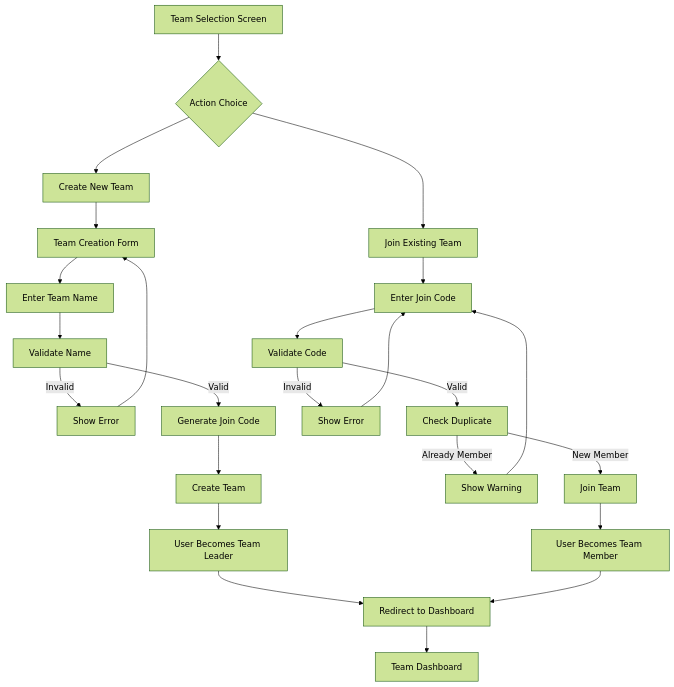
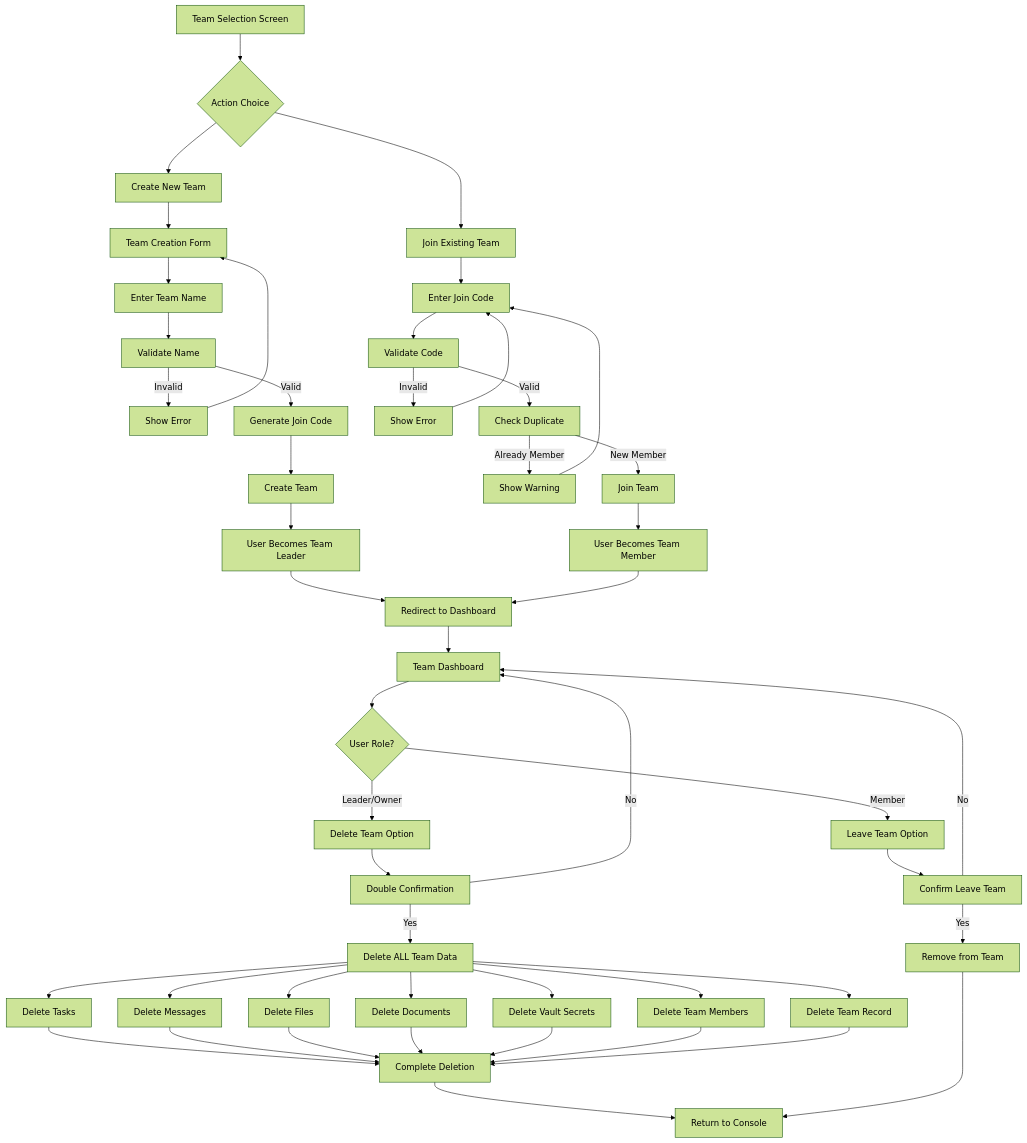
One commit to ictinus0222/hackerDen changed the third of 17 diagrams in UX_FLOWCHART.md. Above: the diagram before and after it, drawn with Mermaid (forest theme). The commit also changed other lines of this file and 13 other files, not shown here.

````diff
--- a/UX_FLOWCHART.md
+++ b/UX_FLOWCHART.md
@@ -101,31 +89,61 @@
 ```mermaid
 graph TD
     A[Team Selection Screen] --> B{Action Choice}
     
     B --> C[Create New Team]
     B --> D[Join Existing Team]
     
     C --> E[Team Creation Form]
     E --> F[Enter Team Name]
     F --> G[Validate Name]
     G -->|Invalid| H[Show Error]
     G -->|Valid| I[Generate Join Code]
     I --> J[Create Team]
     J --> K[User Becomes Team Leader]
     K --> L[Redirect to Dashboard]
     
     D --> M[Enter Join Code]
     M --> N[Validate Code]
     N -->|Invalid| O[Show Error]
     N -->|Valid| P[Check Duplicate]
     P -->|Already Member| Q[Show Warning]
     P -->|New Member| R[Join Team]
     R --> S[User Becomes Team Member]
     S --> L
     
     H --> E
     O --> M
     Q --> M
     
     L --> T[Team Dashboard]
+    T --> U{User Role?}
+    U -->|Member| V[Leave Team Option]
+    U -->|Leader/Owner| W[Delete Team Option]
+    
+    V --> X[Confirm Leave Team]
+    X -->|Yes| Y[Remove from Team]
+    X -->|No| T
+    
+    W --> Z[Double Confirmation]
+    Z -->|Yes| AA[Delete ALL Team Data]
+    Z -->|No| T
+    
+    AA --> BB[Delete Tasks]
+    AA --> CC[Delete Messages]
+    AA --> DD[Delete Files]
+    AA --> EE[Delete Documents]
+    AA --> FF[Delete Vault Secrets]
+    AA --> GG[Delete Team Members]
+    AA --> HH[Delete Team Record]
+    
+    BB --> II[Complete Deletion]
+    CC --> II
+    DD --> II
+    EE --> II
+    FF --> II
+    GG --> II
+    HH --> II
+    II --> JJ[Return to Console]
+    
+    Y --> JJ
 ```
````
